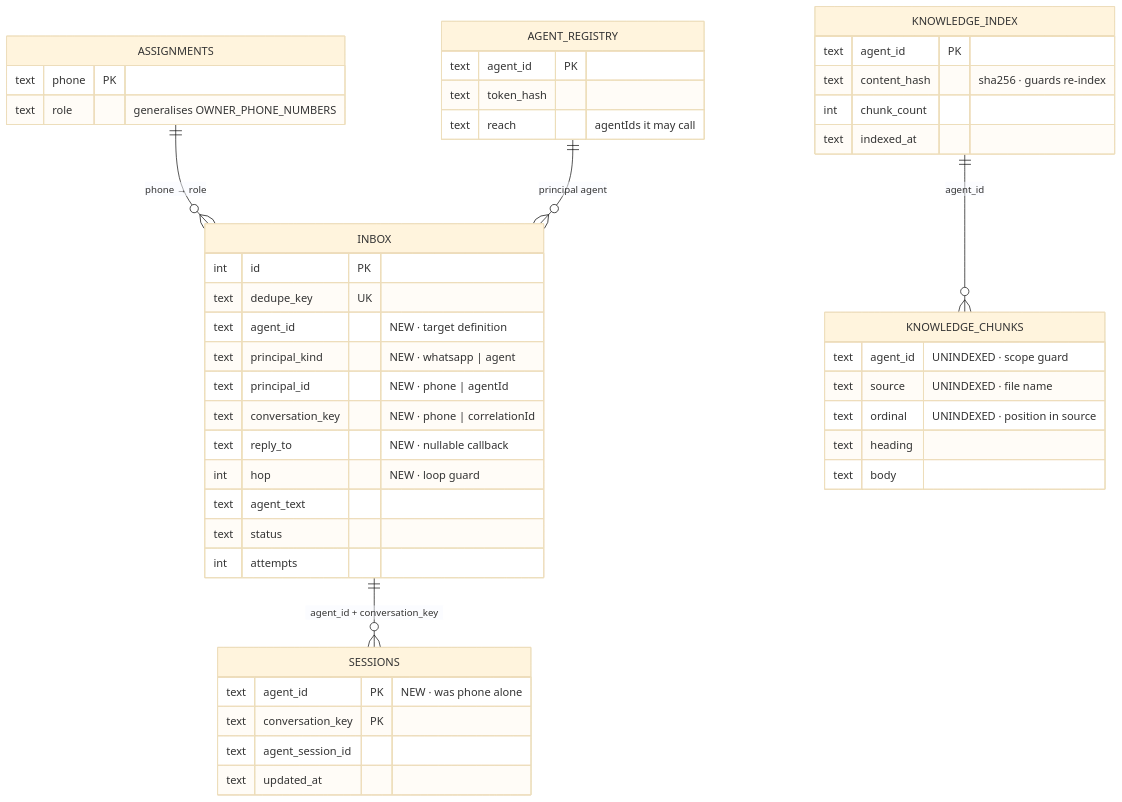
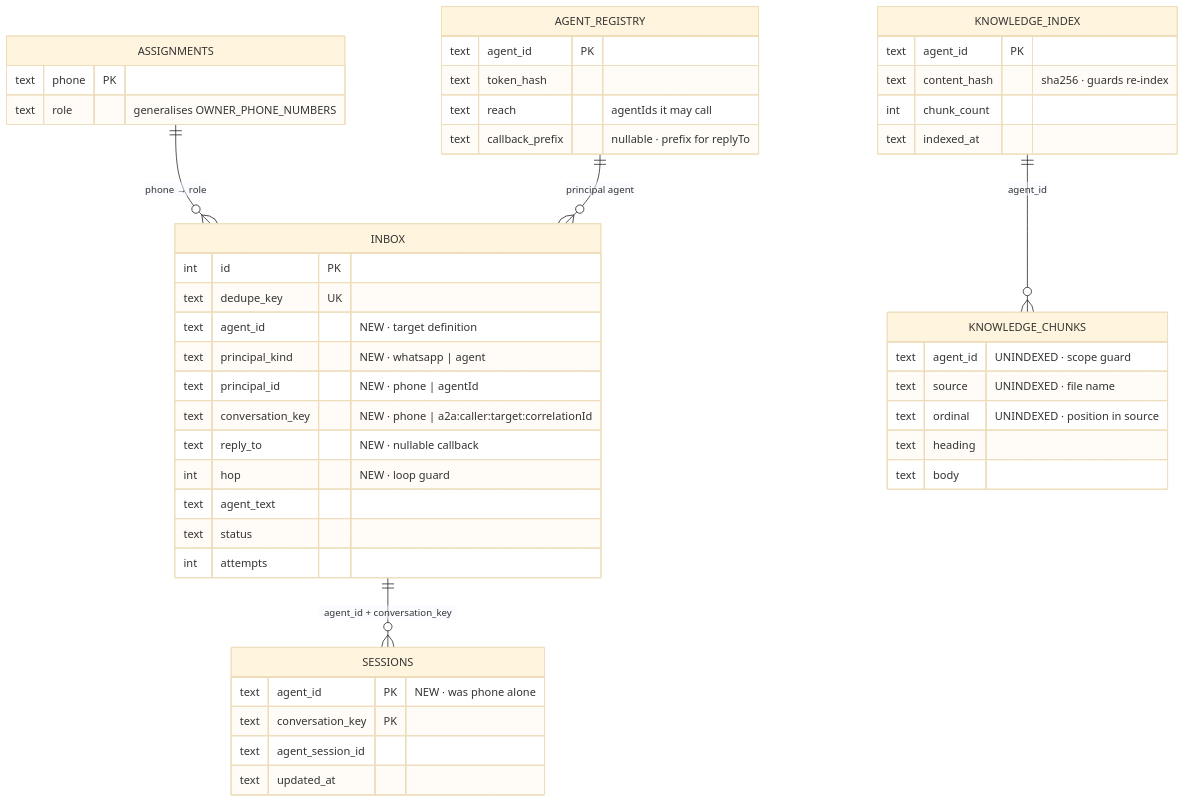
The tenth of 11 diagrams in docs/agent-platform-decoupling.md (santiagoposadag/ShopifyVitrina), drawn with Mermaid (base theme) before and after one commit. The commit also changed other lines of this file and 3 other files, not shown here.

````diff
--- a/docs/agent-platform-decoupling.md
+++ b/docs/agent-platform-decoupling.md
@@ -420,48 +423,49 @@
 ```mermaid
 erDiagram
   INBOX {
     int id PK
     text dedupe_key UK
     text agent_id "NEW · target definition"
     text principal_kind "NEW · whatsapp | agent"
     text principal_id "NEW · phone | agentId"
-    text conversation_key "NEW · phone | correlationId"
+    text conversation_key "NEW · phone | a2a:caller:target:correlationId"
     text reply_to "NEW · nullable callback"
     int hop "NEW · loop guard"
     text agent_text
     text status
     int attempts
   }
   SESSIONS {
     text agent_id PK "NEW · was phone alone"
     text conversation_key PK
     text agent_session_id
     text updated_at
   }
   ASSIGNMENTS {
     text phone PK
     text role "generalises OWNER_PHONE_NUMBERS"
   }
   AGENT_REGISTRY {
     text agent_id PK
     text token_hash
     text reach "agentIds it may call"
+    text callback_prefix "nullable · prefix for replyTo"
   }
   KNOWLEDGE_CHUNKS {
     text agent_id "UNINDEXED · scope guard"
     text source "UNINDEXED · file name"
     text ordinal "UNINDEXED · position in source"
     text heading
     text body
   }
   KNOWLEDGE_INDEX {
     text agent_id PK
     text content_hash "sha256 · guards re-index"
     int chunk_count
     text indexed_at
   }
   INBOX ||--o{ SESSIONS : "agent_id + conversation_key"
   ASSIGNMENTS ||--o{ INBOX : "phone → role"
   AGENT_REGISTRY ||--o{ INBOX : "principal agent"
   KNOWLEDGE_INDEX ||--o{ KNOWLEDGE_CHUNKS : "agent_id"
 ```
````
